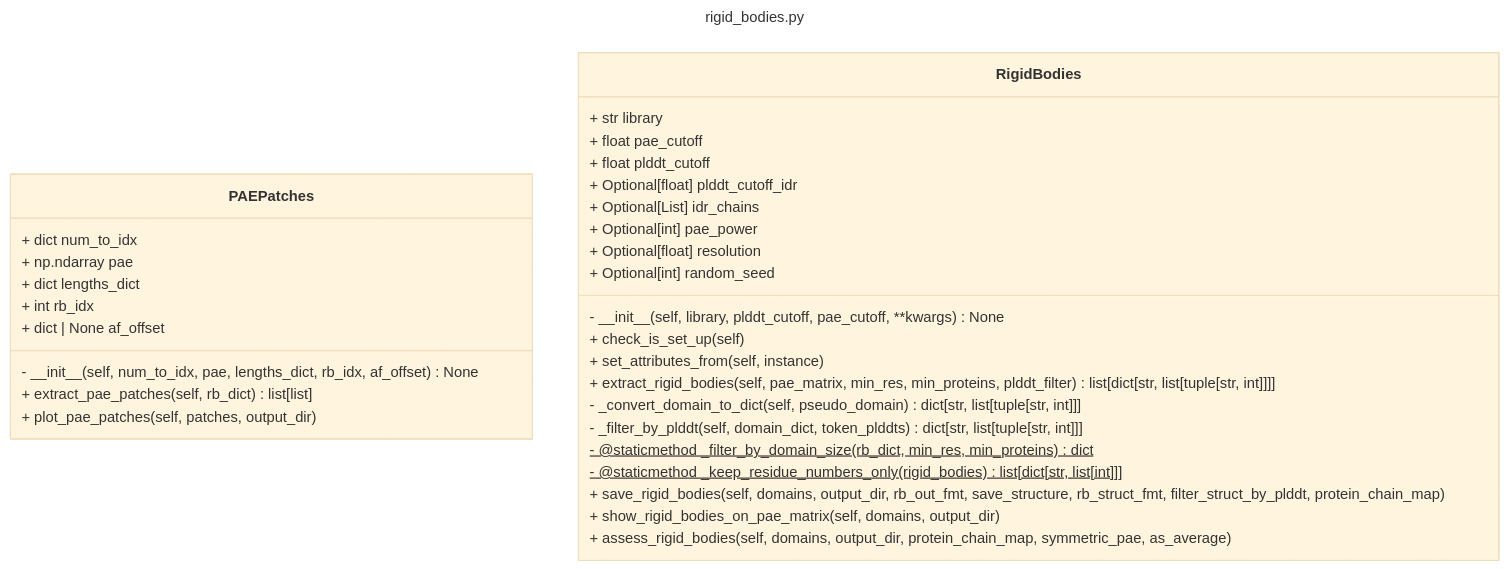
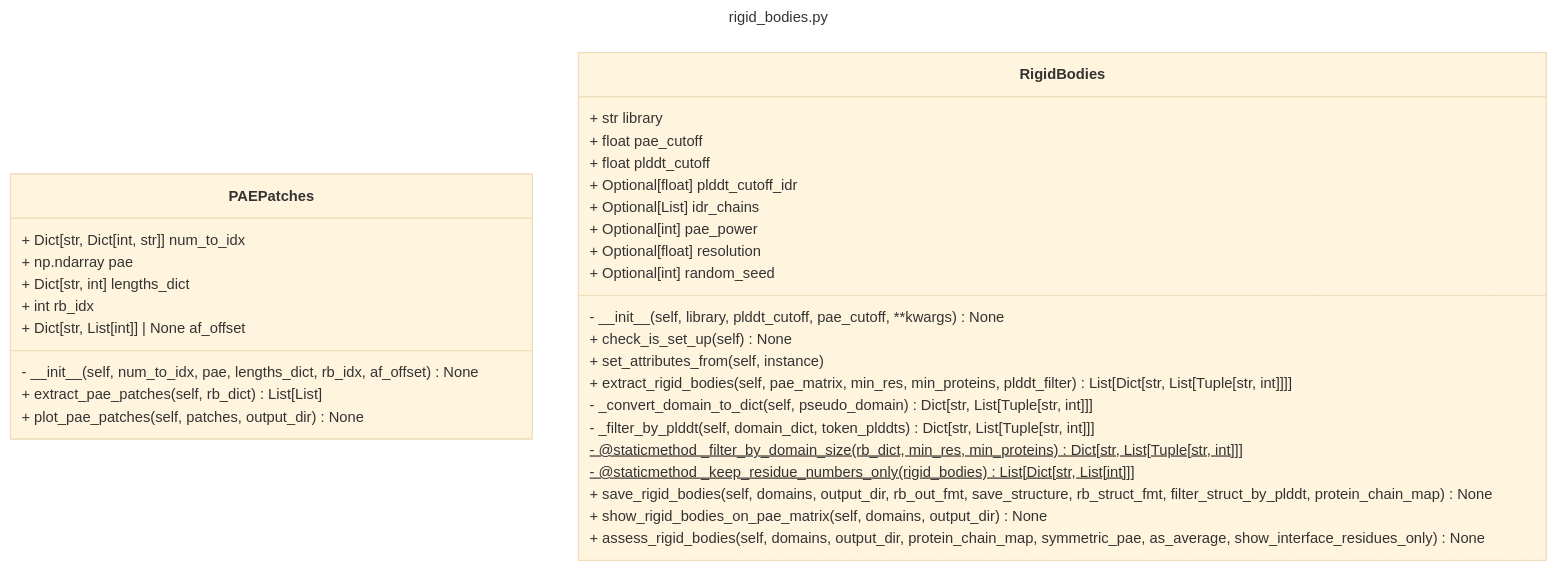
Before and after one commit to isblab/af_pipeline: the diagram in docs/mermaid/rigid_bodies.py.md, drawn with Mermaid (base theme). The commit also changed 11 other files, not shown here.

````diff
--- a/docs/mermaid/rigid_bodies.py.md
+++ b/docs/mermaid/rigid_bodies.py.md
@@ -1,38 +1,38 @@
 ```mermaid
 ---
 title: rigid_bodies.py
 ---
 classDiagram
     class PAEPatches {
-        + dict num_to_idx
+        + Dict[str, Dict[int, str]] num_to_idx
         + np.ndarray pae
-        + dict lengths_dict
+        + Dict[str, int] lengths_dict
         + int rb_idx
-        + dict | None af_offset
+        + Dict[str, List[int]] | None af_offset
         - \_\_init__(self, num_to_idx, pae, lengths_dict, rb_idx, af_offset) None
-        + extract_pae_patches(self, rb_dict) list[list]
-        + plot_pae_patches(self, patches, output_dir)
+        + extract_pae_patches(self, rb_dict) List[List]
+        + plot_pae_patches(self, patches, output_dir) None
     }
 
     class RigidBodies {
         + str library
         + float pae_cutoff
         + float plddt_cutoff
         + Optional[float] plddt_cutoff_idr
         + Optional[List] idr_chains
         + Optional[int] pae_power
         + Optional[float] resolution
         + Optional[int] random_seed
         - \_\_init__(self, library, plddt_cutoff, pae_cutoff, **kwargs) None
-        + check_is_set_up(self)
+        + check_is_set_up(self) None
         + set_attributes_from(self, instance)
-        + extract_rigid_bodies(self, pae_matrix, min_res, min_proteins, plddt_filter) list[dict[str, list[tuple[str, int]]]]
-        - \_convert_domain_to_dict(self, pseudo_domain) dict[str, list[tuple[str, int]]]
-        - \_filter_by_plddt(self, domain_dict, token_plddts) dict[str, list[tuple[str, int]]]
-        - @staticmethod \_filter_by_domain_size(rb_dict, min_res, min_proteins) dict$
-        - @staticmethod \_keep_residue_numbers_only(rigid_bodies) list[dict[str, list[int]]]$
-        + save_rigid_bodies(self, domains, output_dir, rb_out_fmt, save_structure, rb_struct_fmt, filter_struct_by_plddt, protein_chain_map)
-        + show_rigid_bodies_on_pae_matrix(self, domains, output_dir)
-        + assess_rigid_bodies(self, domains, output_dir, protein_chain_map, symmetric_pae, as_average)
+        + extract_rigid_bodies(self, pae_matrix, min_res, min_proteins, plddt_filter) List[Dict[str, List[Tuple[str, int]]]]
+        - \_convert_domain_to_dict(self, pseudo_domain) Dict[str, List[Tuple[str, int]]]
+        - \_filter_by_plddt(self, domain_dict, token_plddts) Dict[str, List[Tuple[str, int]]]
+        - @staticmethod \_filter_by_domain_size(rb_dict, min_res, min_proteins) Dict[str, List[Tuple[str, int]]]$
+        - @staticmethod \_keep_residue_numbers_only(rigid_bodies) List[Dict[str, List[int]]]$
+        + save_rigid_bodies(self, domains, output_dir, rb_out_fmt, save_structure, rb_struct_fmt, filter_struct_by_plddt, protein_chain_map) None
+        + show_rigid_bodies_on_pae_matrix(self, domains, output_dir) None
+        + assess_rigid_bodies(self, domains, output_dir, protein_chain_map, symmetric_pae, as_average, show_interface_residues_only) None
     }
 ```
````
